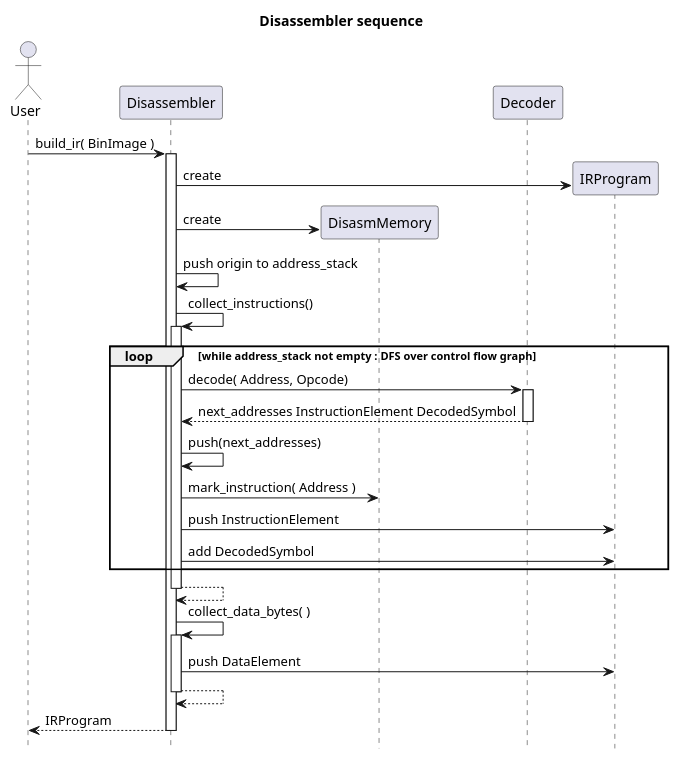
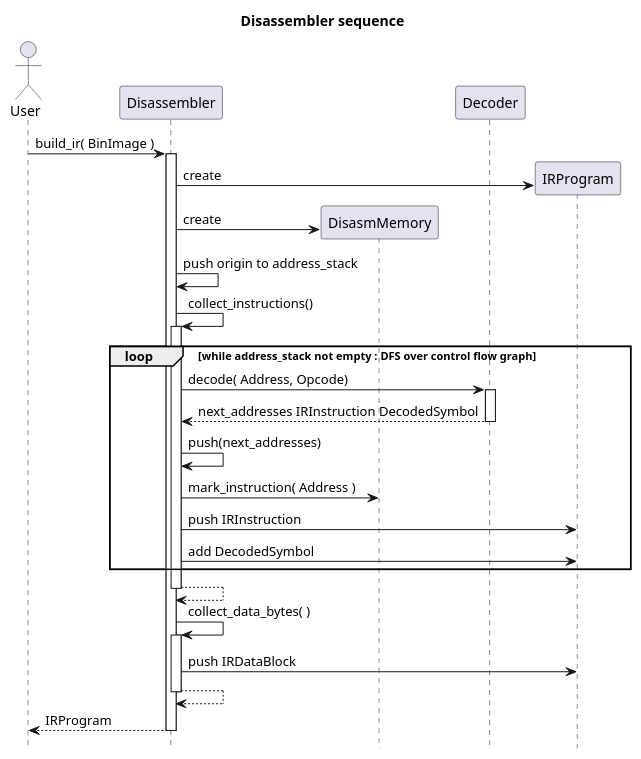
One commit to alwinl/chip8 changed the diagram in chip8ir/doc/disassembler.plantuml. Above: the diagram before and after it, drawn with PlantUML. The commit also changed 20 other files, not shown here.

Commit message:
Split the chipir8 header and implementation files and renamed InstructionElement and DataElement to IRInstruction and IRData

```diff
--- a/chip8ir/doc/disassembler.plantuml
+++ b/chip8ir/doc/disassembler.plantuml
@@ -1,37 +1,37 @@
 @startuml disassembler
 title Disassembler sequence
 
 actor User
 participant Disassembler
 participant DisasmMemory
 participant Decoder
 
 User -> Disassembler ++: build_ir( BinImage )
 
 Disassembler -> IRProgram ** : create
 Disassembler -> DisasmMemory ** : create
 
 Disassembler -> Disassembler : push origin to address_stack
 
 Disassembler -> Disassembler ++ : collect_instructions()
 	loop while address_stack not empty : DFS over control flow graph
 		Disassembler -> Decoder ++ : decode( Address, Opcode)
-		return next_addresses InstructionElement DecodedSymbol
+		return next_addresses IRInstruction DecodedSymbol
 
 		Disassembler -> Disassembler : push(next_addresses)
 		Disassembler -> DisasmMemory : mark_instruction( Address )
 
-		Disassembler -> IRProgram  : push InstructionElement
+		Disassembler -> IRProgram  : push IRInstruction
 		Disassembler -> IRProgram : add DecodedSymbol
 	end
 return
 
 Disassembler -> Disassembler ++ : collect_data_bytes( )
-	Disassembler -> IRProgram : push DataElement
+	Disassembler -> IRProgram : push IRDataBlock
 return
 
 return IRProgram
 
 hide footbox
 
 @enduml
```
